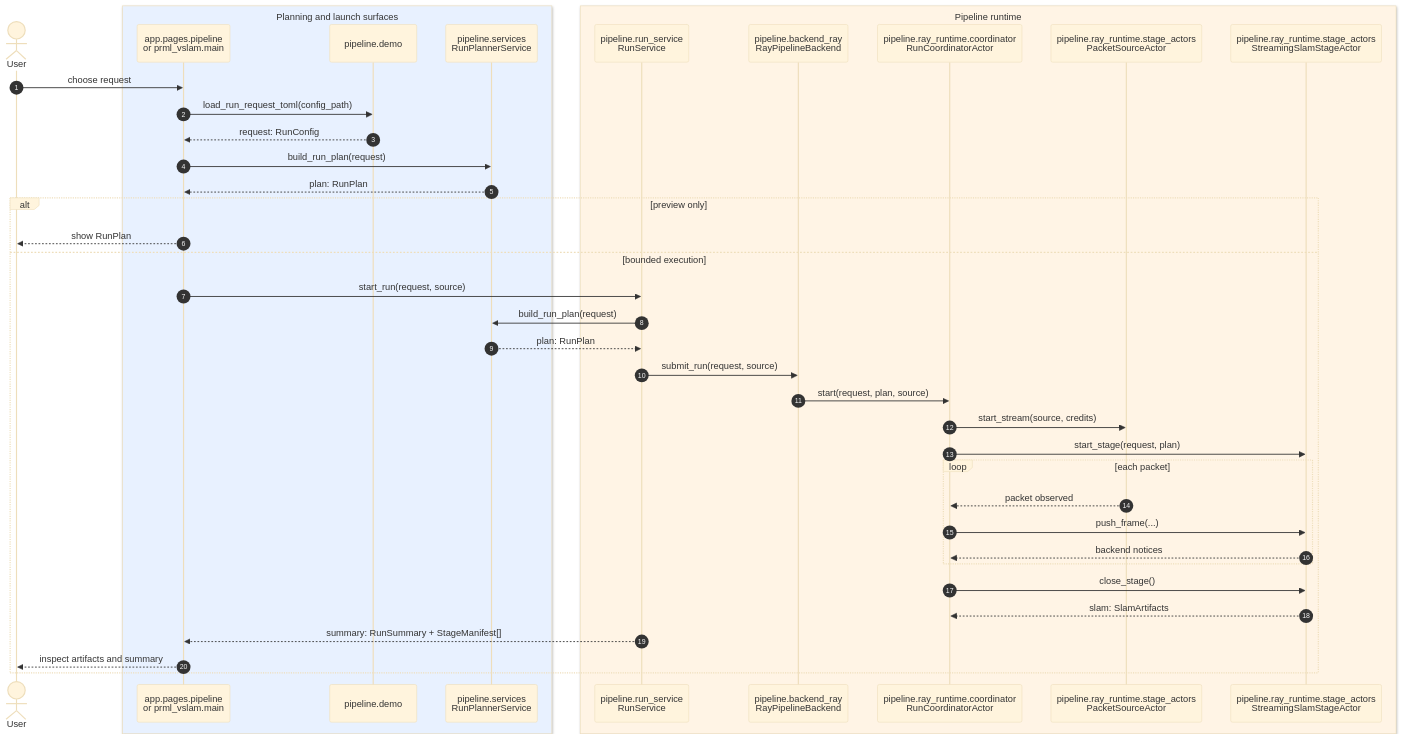
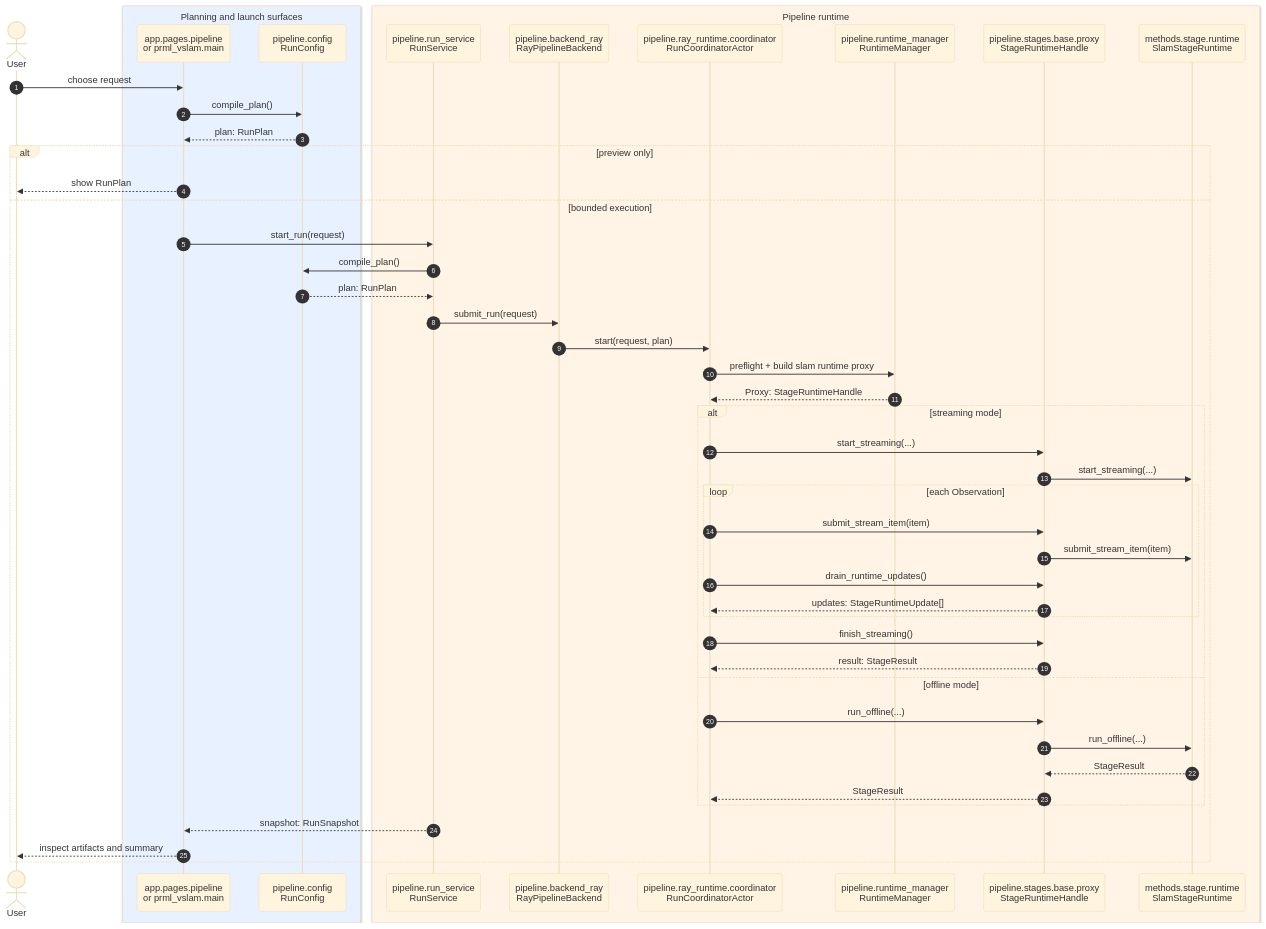
Before and after one commit to JanDuchscherer104/prml-vslam: the diagram in docs/figures/mermaid/mermaid_pipeline_request_sequence.mmd, drawn with Mermaid. The commit also changed 25 other files, not shown here.

```diff
--- a/docs/figures/mermaid/mermaid_pipeline_request_sequence.mmd
+++ b/docs/figures/mermaid/mermaid_pipeline_request_sequence.mmd
@@ -1,55 +1,65 @@
 %%{init: {
   "theme": "base",
   "themeVariables": {
     "fontSize": "28px",
     "actorFontSize": "28px",
     "messageFontSize": "24px",
     "noteFontSize": "22px",
     "sequenceNumberFontSize": "22px"
   }
 }}%%
 sequenceDiagram
     autonumber
 
     actor User as User
 
     box rgb(232, 241, 255) Planning and launch surfaces
         participant Surface as app.pages.pipeline<br/>or prml_vslam.main
-        participant Demo as pipeline.demo
-        participant Planner as pipeline.services<br/>RunPlannerService
+        participant RunConfig as pipeline.config<br/>RunConfig
     end
 
     box rgb(255, 244, 229) Pipeline runtime
         participant Runtime as pipeline.run_service<br/>RunService
         participant Backend as pipeline.backend_ray<br/>RayPipelineBackend
         participant Coord as pipeline.ray_runtime.coordinator<br/>RunCoordinatorActor
-        participant Source as pipeline.ray_runtime.stage_actors<br/>PacketSourceActor
-        participant Slam as pipeline.ray_runtime.stage_actors<br/>StreamingSlamStageActor
+        participant RuntimeMgr as pipeline.runtime_manager<br/>RuntimeManager
+        participant Proxy as pipeline.stages.base.proxy<br/>StageRuntimeHandle
+        participant SlamRuntime as methods.stage.runtime<br/>SlamStageRuntime
     end
 
     User->>Surface: choose request
-    Surface->>Demo: load_run_request_toml(config_path)
-    Demo-->>Surface: request: RunConfig
-    Surface->>Planner: build_run_plan(request)
-    Planner-->>Surface: plan: RunPlan
+    Surface->>RunConfig: compile_plan()
+    RunConfig-->>Surface: plan: RunPlan
 
     alt preview only
         Surface-->>User: show RunPlan
     else bounded execution
-        Surface->>Runtime: start_run(request, source)
-        Runtime->>Planner: build_run_plan(request)
-        Planner-->>Runtime: plan: RunPlan
-        Runtime->>Backend: submit_run(request, source)
-        Backend->>Coord: start(request, plan, source)
-        Coord->>Source: start_stream(source, credits)
-        Coord->>Slam: start_stage(request, plan)
-        loop each packet
-            Source-->>Coord: packet observed
-            Coord->>Slam: push_frame(...)
-            Slam-->>Coord: backend notices
+        Surface->>Runtime: start_run(request)
+        Runtime->>RunConfig: compile_plan()
+        RunConfig-->>Runtime: plan: RunPlan
+        Runtime->>Backend: submit_run(request)
+        Backend->>Coord: start(request, plan)
+        Coord->>RuntimeMgr: preflight + build slam runtime proxy
+        RuntimeMgr-->>Coord: Proxy: StageRuntimeHandle
+
+        alt streaming mode
+            Coord->>Proxy: start_streaming(...)
+            Proxy->>SlamRuntime: start_streaming(...)
+            loop each Observation
+                Coord->>Proxy: submit_stream_item(item)
+                Proxy->>SlamRuntime: submit_stream_item(item)
+                Coord->>Proxy: drain_runtime_updates()
+                Proxy-->>Coord: updates: StageRuntimeUpdate[]
+            end
+            Coord->>Proxy: finish_streaming()
+            Proxy-->>Coord: result: StageResult
+        else offline mode
+            Coord->>Proxy: run_offline(...)
+            Proxy->>SlamRuntime: run_offline(...)
+            SlamRuntime-->>Proxy: StageResult
+            Proxy-->>Coord: StageResult
         end
-        Coord->>Slam: close_stage()
-        Slam-->>Coord: slam: SlamArtifacts
-        Runtime-->>Surface: summary: RunSummary + StageManifest[]
+
+        Runtime-->>Surface: snapshot: RunSnapshot
         Surface-->>User: inspect artifacts and summary
     end
```
